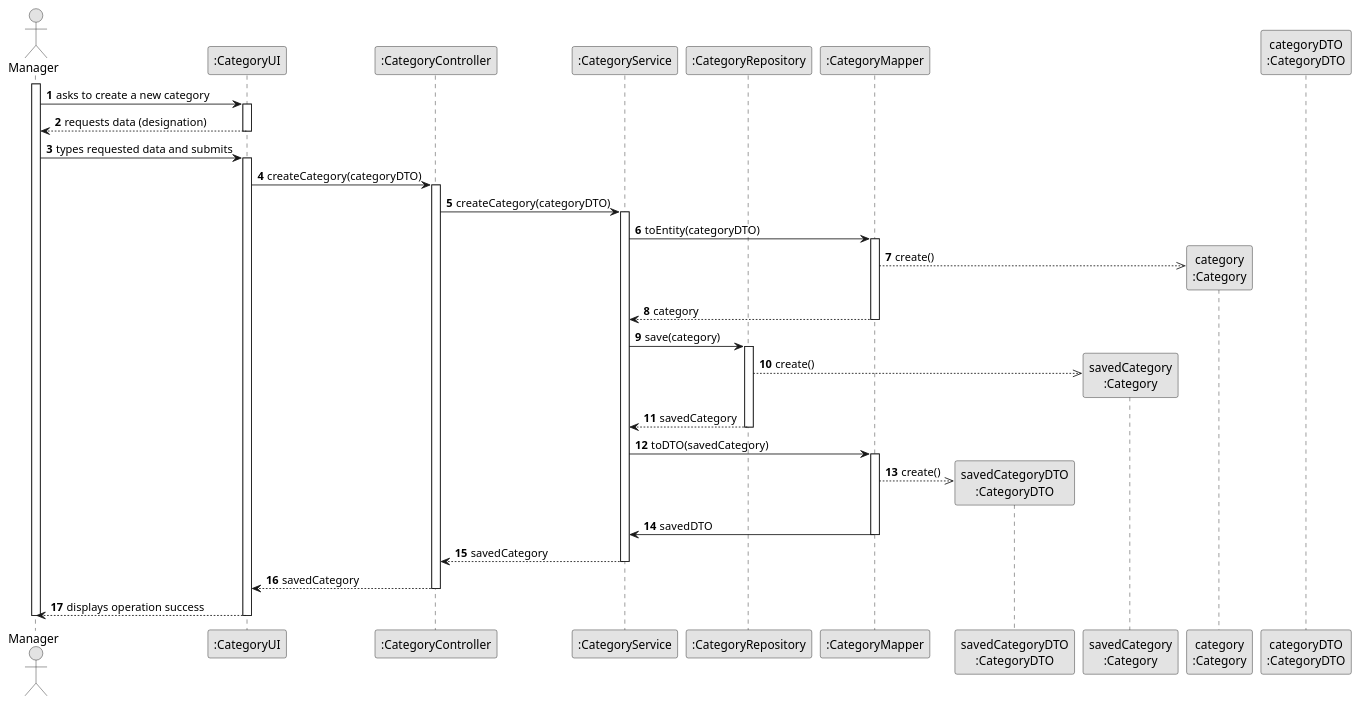
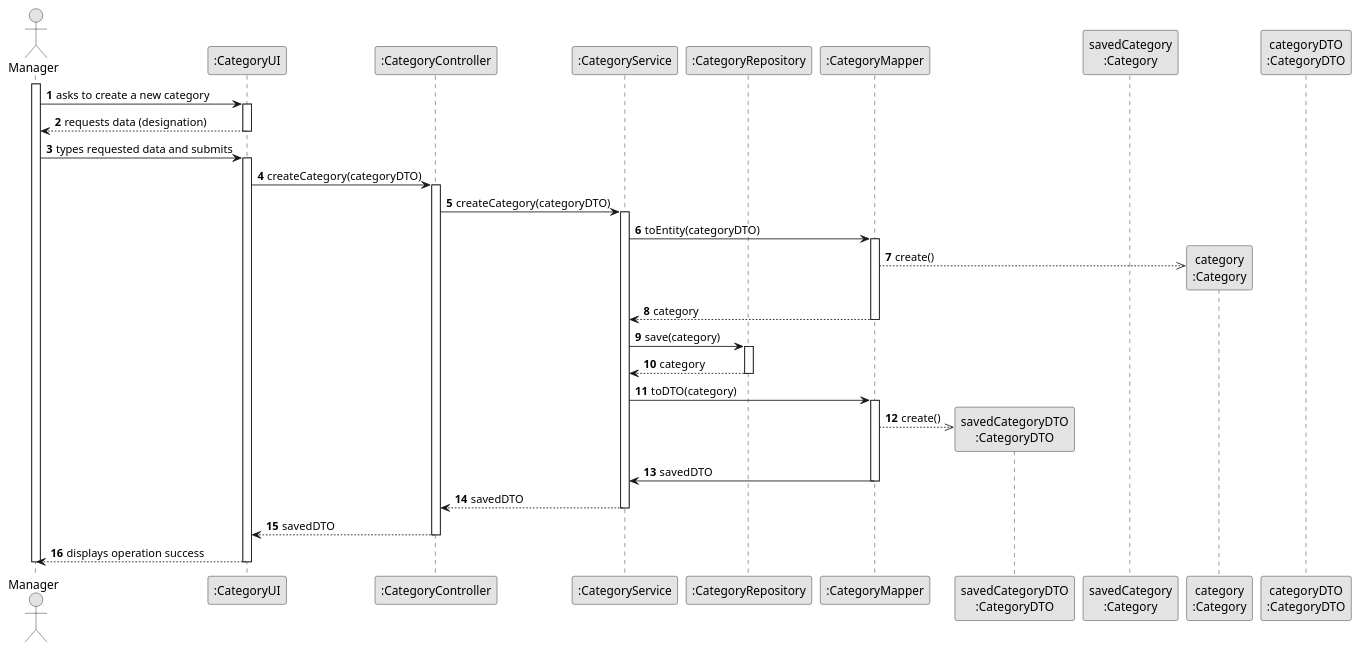
Before and after one commit to vivianeaalmeida/ComeAndGet: the diagram in Docs/US03/03-design/US03-SD.puml, drawn with PlantUML.

Commit message:
[Docs] Update sequence diagram of US03

```diff
--- a/Docs/US03/03-design/US03-SD.puml
+++ b/Docs/US03/03-design/US03-SD.puml
@@ -1,73 +1,71 @@
 @startuml
 skinparam monochrome true
 skinparam packageStyle rectangle
 skinparam shadowing false
 
 autonumber
 
 actor Manager as M
 participant ":CategoryUI" as UI
 participant ":CategoryController" as CTRL
 participant ":CategoryService" as SERV
 participant ":CategoryRepository" as REPO
 participant ":CategoryMapper" as MAPPER
 
 participant "savedCategoryDTO\n:CategoryDTO" as SAVEDDTO
 participant "savedCategory\n:Category" as SAVEDCATEGORY
 participant "category\n:Category" as CATEGORY
 participant "categoryDTO\n:CategoryDTO" as DTO
 
 
 activate M
 
     M -> UI : asks to create a new category
     activate UI
 
         UI --> M : requests data (designation)
     deactivate UI
 
     M -> UI : types requested data and submits
     activate UI
 
         UI -> CTRL : createCategory(categoryDTO)
         activate CTRL
 
             CTRL -> SERV : createCategory(categoryDTO)
             activate SERV
 
                     SERV -> MAPPER : toEntity(categoryDTO)
                 activate MAPPER
 
                     MAPPER -->> CATEGORY**: create()
 
                     MAPPER --> SERV : category
                 deactivate MAPPER
                 SERV -> REPO : save(category)
 
                 activate REPO
 
-                    REPO -->> SAVEDCATEGORY**: create()
-
-                    REPO --> SERV : savedCategory
+                    REPO --> SERV : category
                 deactivate REPO
 
-                SERV -> MAPPER : toDTO(savedCategory)
+                SERV -> MAPPER : toDTO(category)
                 activate MAPPER
 
                 MAPPER -->> SAVEDDTO**: create()
 
                 MAPPER -> SERV : savedDTO
                 deactivate MAPPER
 
-                SERV --> CTRL : savedCategory
+                SERV --> CTRL : savedDTO
             deactivate SERV
 
-            CTRL --> UI : savedCategory
+            CTRL --> UI : savedDTO
         deactivate CTRL
 
         UI --> M : displays operation success
     deactivate UI
 
 deactivate M
 
 @enduml
```
